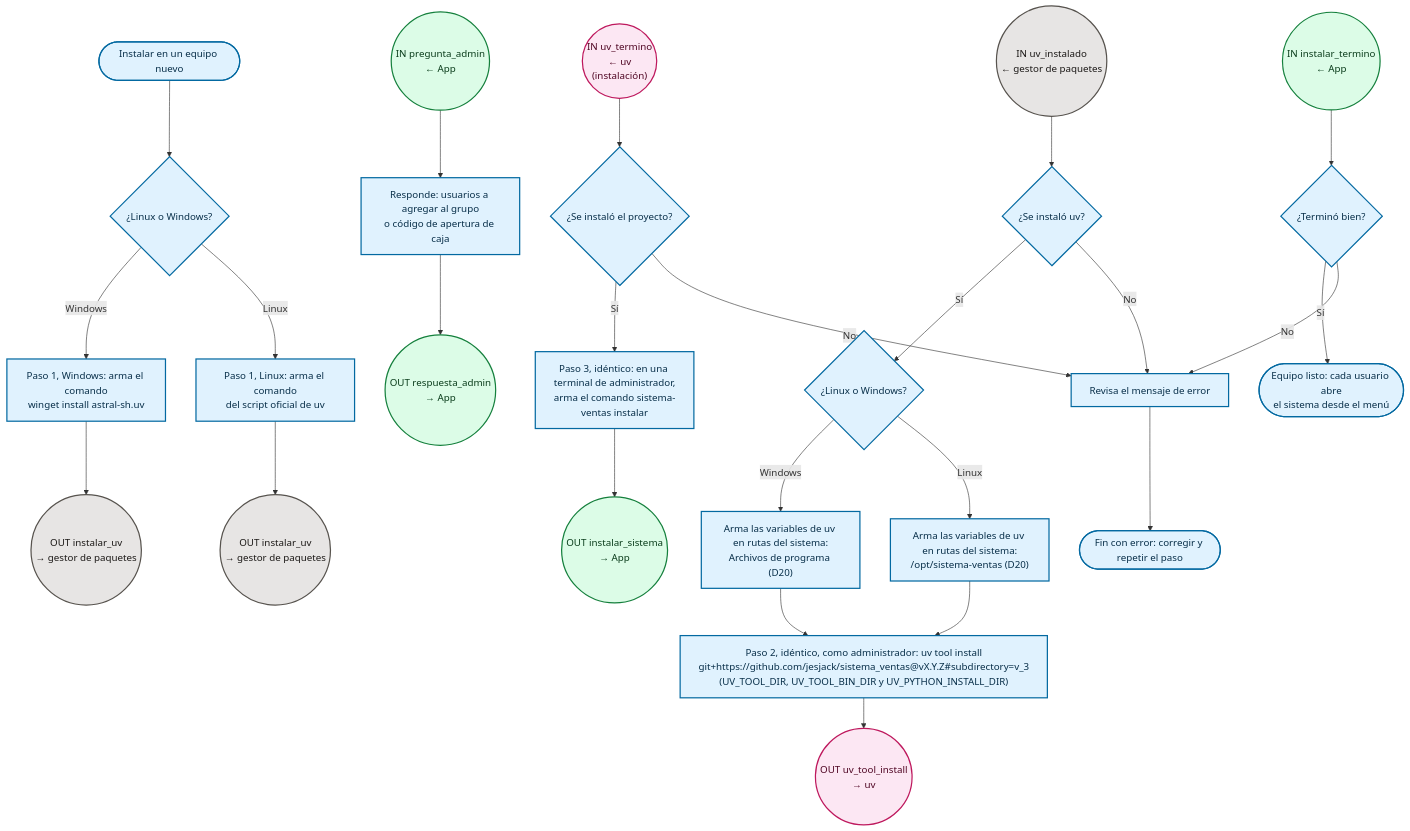
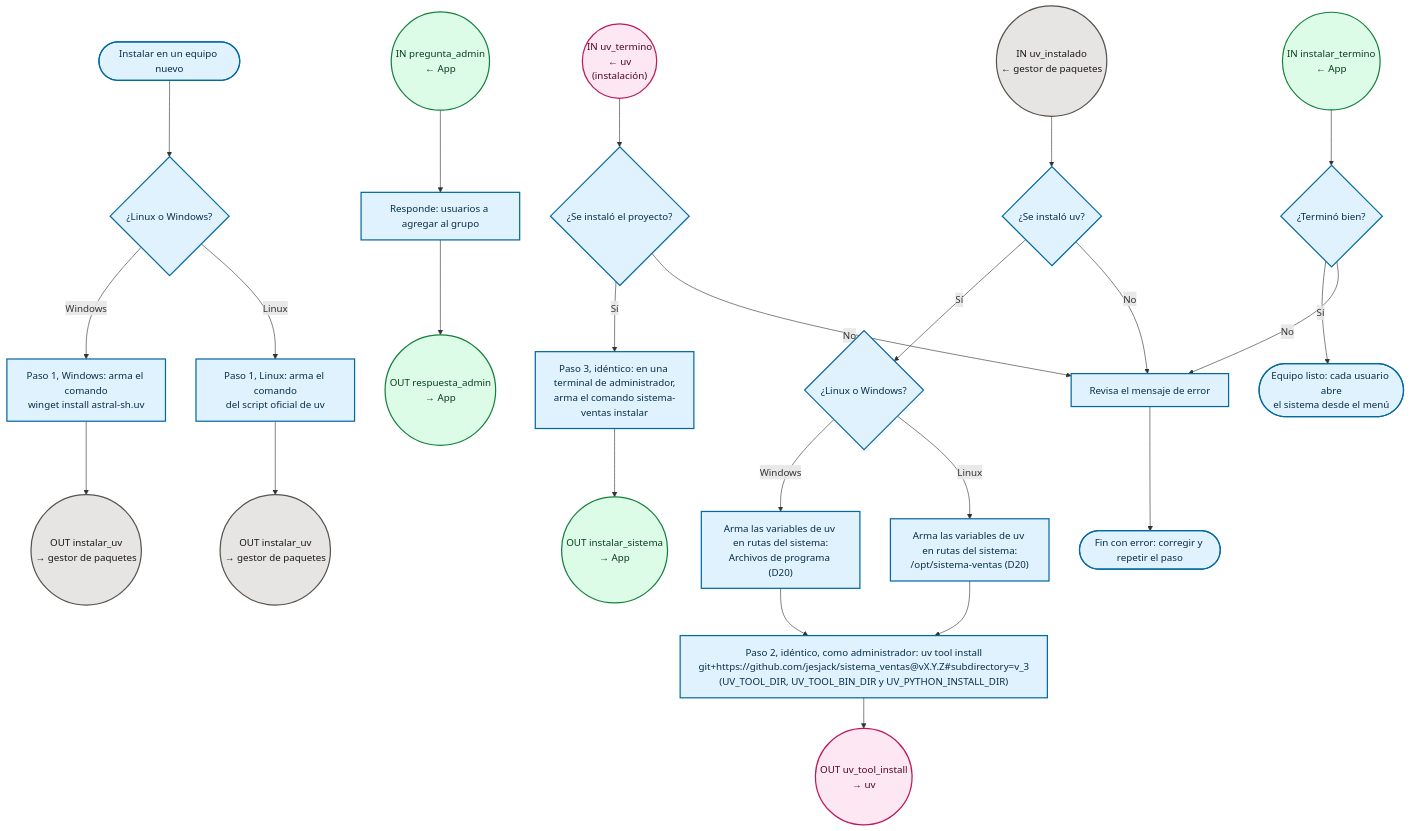
One commit to jesjack/sistema_ventas changed the diagram in v_3/docs/diagramas/instalacion_01_administrador_instalacion.mmd. Above: the diagram before and after it, drawn with Mermaid. The commit also changed 21 other files, not shown here.

```diff
--- a/v_3/docs/diagramas/instalacion_01_administrador_instalacion.mmd
+++ b/v_3/docs/diagramas/instalacion_01_administrador_instalacion.mmd
@@ -1,60 +1,60 @@
 %% chip: Administrador
 %% 1. Instalación en un equipo nuevo, vista del administrador: tres pasos, todo como administrador y para todo el equipo (D16, D20).
 flowchart TD
     T0(["Instalar en un equipo nuevo"])
     D0{"¿Linux o Windows?"}
     P1["Paso 1, Linux: arma el comando<br/>del script oficial de uv"]
     oUv1(("OUT instalar_uv<br/>→ gestor de paquetes")):::ges
     P2["Paso 1, Windows: arma el comando<br/>winget install astral-sh.uv"]
     oUv2(("OUT instalar_uv<br/>→ gestor de paquetes")):::ges
     iUvOk(("IN uv_instalado<br/>← gestor de paquetes")):::ges
     D1{"¿Se instaló uv?"}
     Dv{"¿Linux o Windows?"}
     P4a["Arma las variables de uv en rutas del sistema:<br/>/opt/sistema-ventas (D20)"]
     P4b["Arma las variables de uv en rutas del sistema:<br/>Archivos de programa (D20)"]
     P4["Paso 2, idéntico, como administrador: uv tool install<br/>git+https://github.com/jesjack/sistema_ventas@vX.Y.Z#35;subdirectory=v_3<br/>(UV_TOOL_DIR, UV_TOOL_BIN_DIR y UV_PYTHON_INSTALL_DIR)"]
     oTool(("OUT uv_tool_install<br/>→ uv")):::uv
     iUvT(("IN uv_termino<br/>← uv<br/>(instalación)")):::uv
     D2{"¿Se instaló el proyecto?"}
     P5["Paso 3, idéntico: en una terminal de administrador,<br/>arma el comando sistema-ventas instalar"]
     oInst(("OUT instalar_sistema<br/>→ App")):::app
     iInstT(("IN instalar_termino<br/>← App")):::app
     iPreg(("IN pregunta_admin<br/>← App")):::app
-    P6["Responde: usuarios a agregar al grupo<br/>o código de apertura de caja"]
+    P6["Responde: usuarios a agregar al grupo"]
     oResp(("OUT respuesta_admin<br/>→ App")):::app
     D3{"¿Terminó bien?"}
     P3["Revisa el mensaje de error"]
     T9(["Fin con error: corregir y repetir el paso"])
     T1(["Equipo listo: cada usuario abre<br/>el sistema desde el menú"])
 
     T0 --> D0
     D0 -- "Linux" --> P1
     P1 --> oUv1
     D0 -- "Windows" --> P2
     P2 --> oUv2
     iUvOk --> D1
     D1 -- "No" --> P3
     D1 -- "Sí" --> Dv
     Dv -- "Linux" --> P4a
     P4a --> P4
     Dv -- "Windows" --> P4b
     P4b --> P4
     P4 --> oTool
     iUvT --> D2
     D2 -- "No" --> P3
     D2 -- "Sí" --> P5
     P5 --> oInst
     iPreg --> P6
     P6 --> oResp
     iInstT --> D3
     D3 -- "No" --> P3
     D3 -- "Sí" --> T1
     P3 --> T9
 
     classDef default fill:#e0f2fe,stroke:#0369a1,color:#082f49,stroke-width:2px
     classDef par fill:#0369a1,stroke:#111827,color:#ffffff,stroke-width:2px
     classDef per fill:#e0f2fe,stroke:#0369a1,color:#082f49,stroke-width:2px
     classDef ges fill:#e7e5e4,stroke:#57534e,color:#1c1917,stroke-width:2px
     classDef uv fill:#fce7f3,stroke:#be185d,color:#500724,stroke-width:2px
     classDef app fill:#dcfce7,stroke:#15803d,color:#0b3d1c,stroke-width:2px
     classDef ext fill:#f3f4f6,stroke:#6b7280,color:#1f2937,stroke-width:1px,stroke-dasharray:4 3
```
